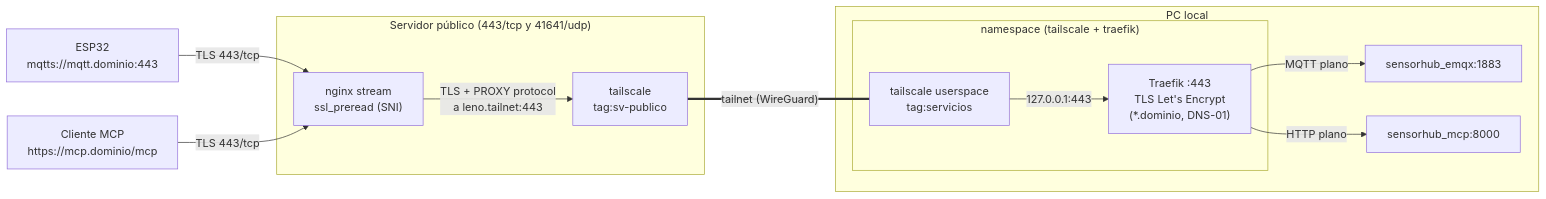
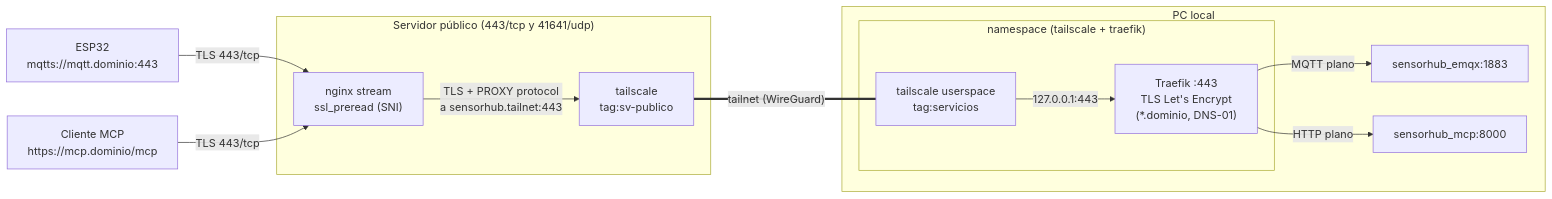
Before and after one commit to tpII/2026-g4-sensorhub: the diagram in Stack/tunel-local/README.md, drawn with Mermaid. The commit also changed other lines of this file and 8 other files, not shown here.

````diff
--- a/Stack/tunel-local/README.md
+++ b/Stack/tunel-local/README.md
@@ -16,27 +16,27 @@
 ```mermaid
 flowchart LR
     ESP["ESP32<br/>mqtts://mqtt.dominio:443"]
     LLM["Cliente MCP<br/>https://mcp.dominio/mcp"]
 
     subgraph PUB["Servidor público (443/tcp y 41641/udp)"]
         NGX["nginx stream<br/>ssl_preread (SNI)"]
         TSS["tailscale<br/>tag:sv-publico"]
     end
 
     subgraph LOCAL["PC local"]
         subgraph NS["namespace (tailscale + traefik)"]
             TSC["tailscale userspace<br/>tag:servicios"]
             TRK["Traefik :443<br/>TLS Let's Encrypt<br/>(*.dominio, DNS-01)"]
         end
         EMQX["sensorhub_emqx:1883"]
         MCP["sensorhub_mcp:8000"]
     end
 
     ESP -->|"TLS 443/tcp"| NGX
     LLM -->|"TLS 443/tcp"| NGX
-    NGX -->|"TLS + PROXY protocol<br/>a leno.tailnet:443"| TSS
+    NGX -->|"TLS + PROXY protocol<br/>a sensorhub.tailnet:443"| TSS
     TSS ===|"tailnet (WireGuard)"| TSC
     TSC -->|"127.0.0.1:443"| TRK
     TRK -->|"MQTT plano"| EMQX
     TRK -->|"HTTP plano"| MCP
 ```
````
